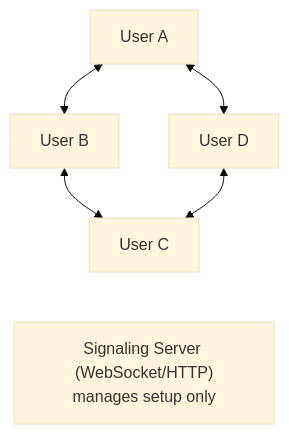
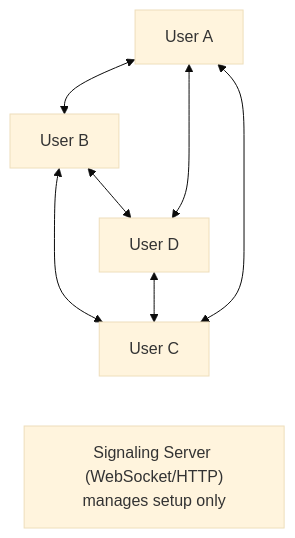
One commit to himanshkukreja/himanshu-kukreja-portfolio changed the seventh of 10 diagrams in content/stories/websockets-vs-webrtc-video-communication.md. Above: the diagram before and after it, drawn with Mermaid (base theme). The commit also changed other lines of this file and 14 other files, not shown here.

````diff
--- a/content/stories/websockets-vs-webrtc-video-communication.md
+++ b/content/stories/websockets-vs-webrtc-video-communication.md
@@ -258,10 +258,12 @@
 ```mermaid
 %% title: Video conferencing · 4-person call
 flowchart TD
     A["User A"]:::client <--> B["User B"]:::client
     A <--> D["User D"]:::client
     B <--> C["User C"]:::client
     D <--> C
+    A <--> C
+    B <--> D
     S["Signaling Server (WebSocket/HTTP)<br/>manages setup only"]:::service
     C ~~~ S
 ```
````
